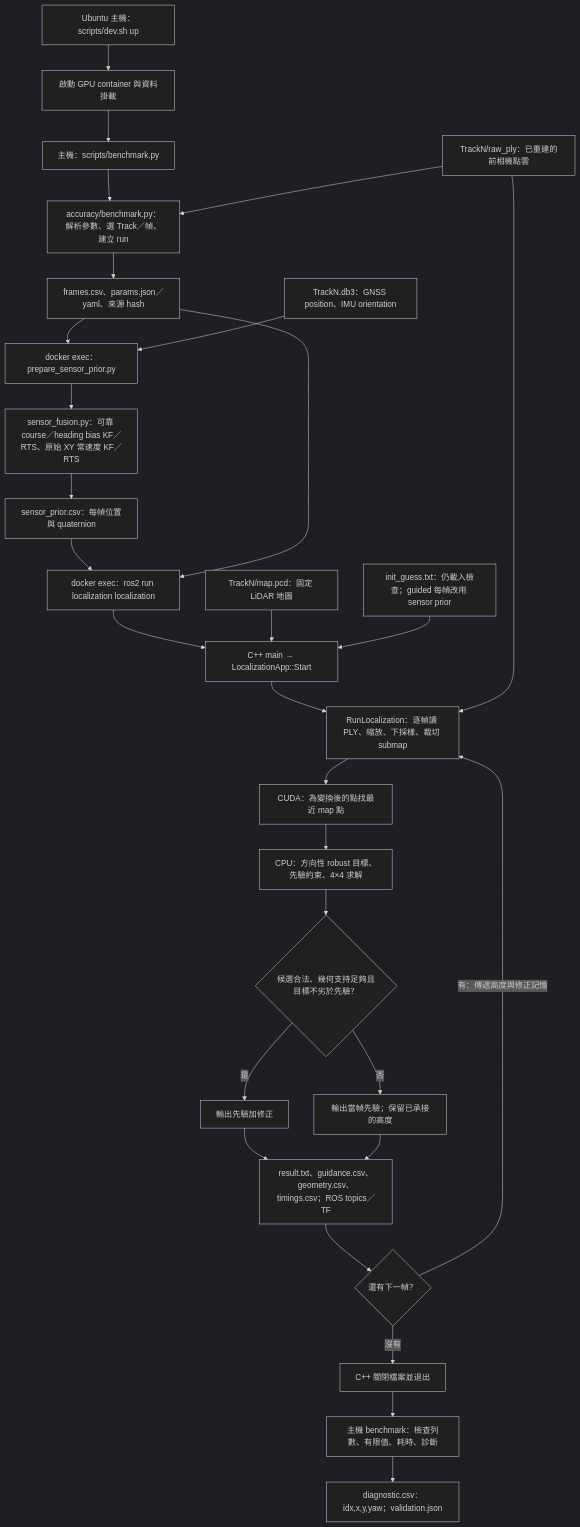
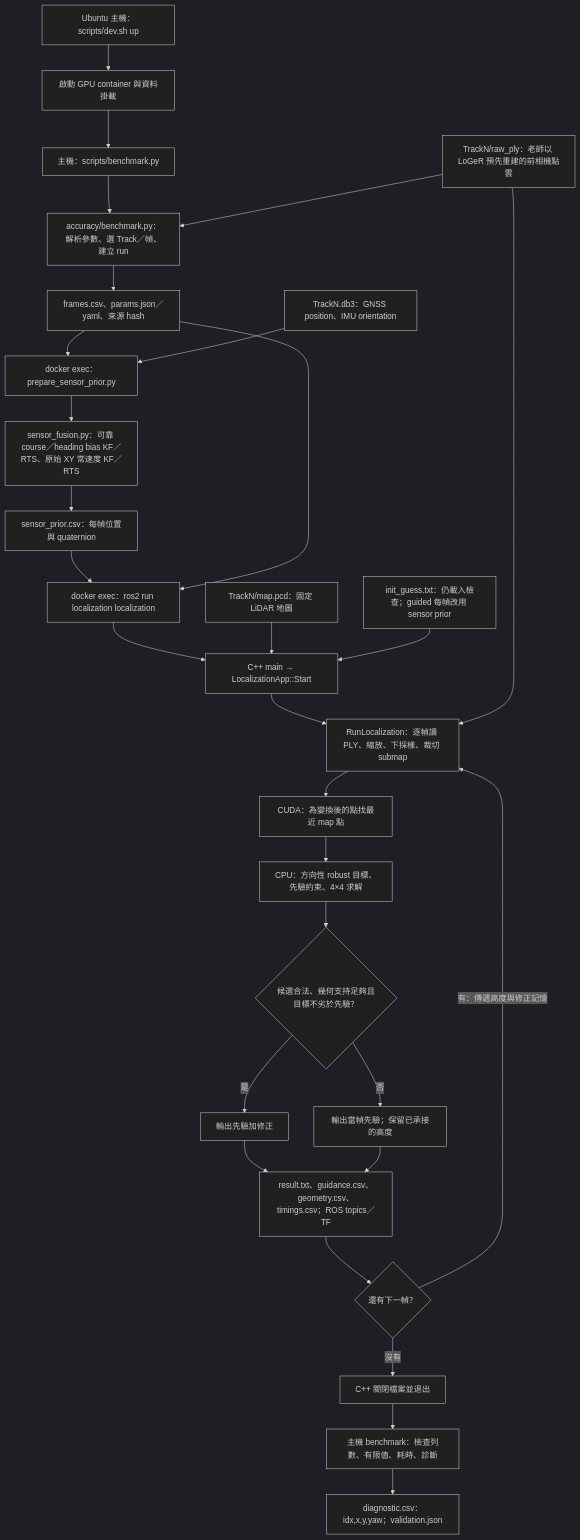
Before and after one commit to chichunwang/sdc_ros2: the first of 2 diagrams in midterm01_gpu/doc/01_PROGRAM_FLOW.md, drawn with Mermaid (dark theme). The commit also changed other lines of this file and 21 other files, not shown here.

First line of the commit message:
Add slow map graph implementation and associated tests

````diff
--- a/midterm01_gpu/doc/01_PROGRAM_FLOW.md
+++ b/midterm01_gpu/doc/01_PROGRAM_FLOW.md
@@ -35,31 +37,31 @@
 ```mermaid
 flowchart TD
     H["Ubuntu 主機：scripts/dev.sh up"] --> D["啟動 GPU container 與資料掛載"]
     D --> B["主機：scripts/benchmark.py"]
     B --> I["accuracy/benchmark.py：解析參數、選 Track／幀、建立 run"]
-    PLY["TrackN/raw_ply：已重建的前相機點雲"] --> I
+    PLY["TrackN/raw_ply：老師以 LoGeR 預先重建的前相機點雲"] --> I
     I --> F["frames.csv、params.json／yaml、來源 hash"]
     F --> S["docker exec：prepare_sensor_prior.py"]
     BAG["TrackN.db3：GNSS position、IMU orientation"] --> S
     S --> SF["sensor_fusion.py：可靠 course／heading bias KF／RTS、原始 XY 常速度 KF／RTS"]
     SF --> PR["sensor_prior.csv：每幀位置與 quaternion"]
     PR --> RUN["docker exec：ros2 run localization localization"]
     F --> RUN
     RUN --> CPP["C++ main → LocalizationApp::Start"]
     MAP["TrackN/map.pcd：固定 LiDAR 地圖"] --> CPP
     INIT["init_guess.txt：仍載入檢查；guided 每幀改用 sensor prior"] --> CPP
     CPP --> LOOP["RunLocalization：逐幀讀 PLY、縮放、下採樣、裁切 submap"]
     PLY --> LOOP
     LOOP --> GPU["CUDA：為變換後的點找最近 map 點"]
     GPU --> CPU["CPU：方向性 robust 目標、先驗約束、4×4 求解"]
     CPU --> OK{"候選合法、幾何支持足夠且目標不劣於先驗？"}
     OK -->|是| ACCEPT["輸出先驗加修正"]
     OK -->|否| FALLBACK["輸出當幀先驗；保留已承接的高度"]
     ACCEPT --> OUT["result.txt、guidance.csv、geometry.csv、timings.csv；ROS topics／TF"]
     FALLBACK --> OUT
     OUT --> NEXT{"還有下一幀？"}
     NEXT -->|有：傳遞高度與修正記憶| LOOP
     NEXT -->|沒有| END["C++ 關閉檔案並退出"]
     END --> CHECK["主機 benchmark：檢查列數、有限值、耗時、診斷"]
     CHECK --> CSV["diagnostic.csv：idx,x,y,yaw；validation.json"]
 ```
````
